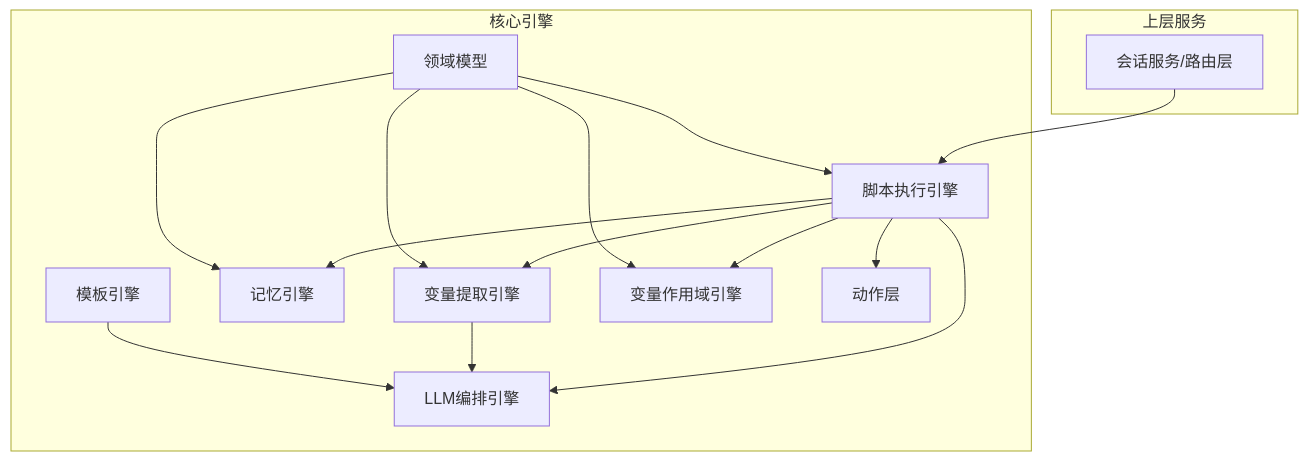
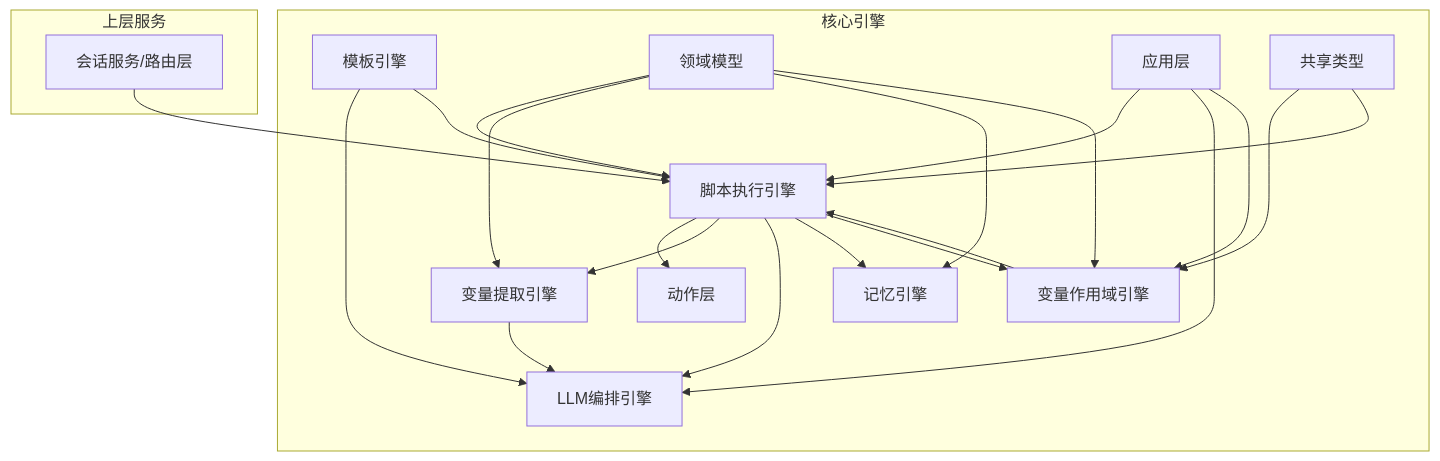
The second of 8 diagrams in .qoder/repowiki/zh/content/核心引擎系统/核心引擎系统.md (EverettCamus/HeartRule-Qoder), drawn with Mermaid before and after one commit. The commit also changed other lines of this file and 8 other files, not shown here.

````diff
--- a/.qoder/repowiki/zh/content/核心引擎系统/核心引擎系统.md
+++ b/.qoder/repowiki/zh/content/核心引擎系统/核心引擎系统.md
@@ -116,28 +144,37 @@
 ```mermaid
 graph TB
 subgraph "上层服务"
 S["会话服务/路由层"]
 end
 subgraph "核心引擎"
 SE["脚本执行引擎"]
 LO["LLM编排引擎"]
 VE["变量提取引擎"]
 ME["记忆引擎"]
 TE["模板引擎"]
 VSR["变量作用域引擎"]
 AC["动作层"]
 DM["领域模型"]
+AS["应用层"]
+ST["共享类型"]
 end
 S --> SE
 SE --> AC
 SE --> VE
 SE --> LO
 SE --> ME
 SE --> VSR
 VE --> LO
 TE --> LO
+TE --> SE
+VSR --> SE
+AS --> SE
+AS --> LO
+AS --> VSR
 DM --> SE
 DM --> VE
 DM --> ME
 DM --> VSR
+ST --> VSR
+ST --> SE
 ```
````
